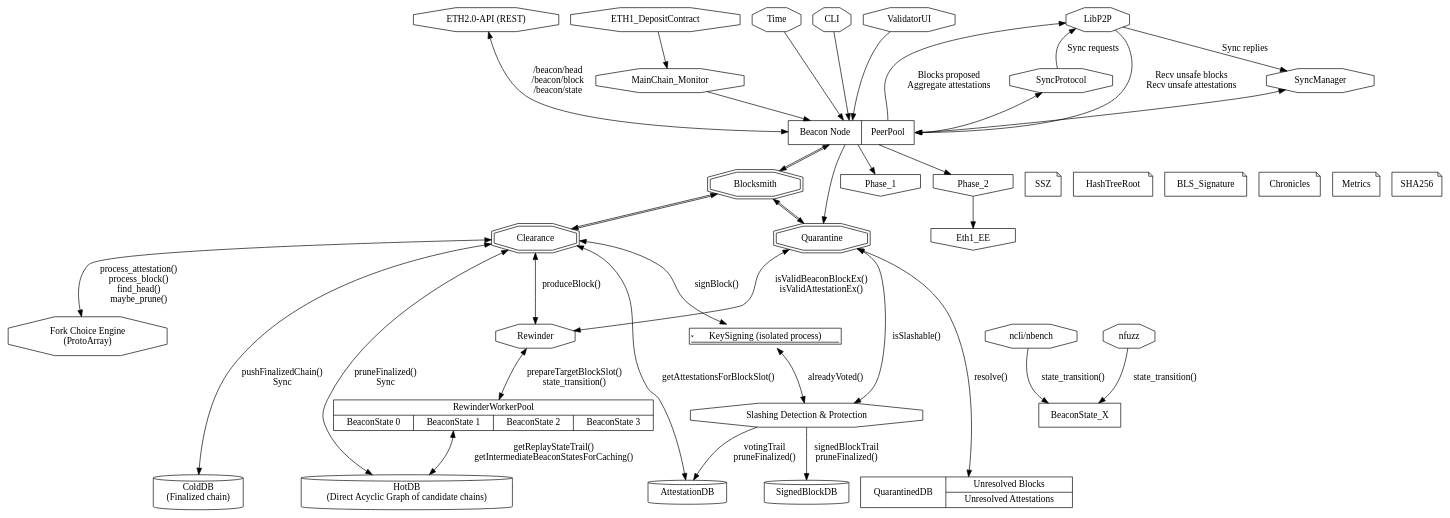
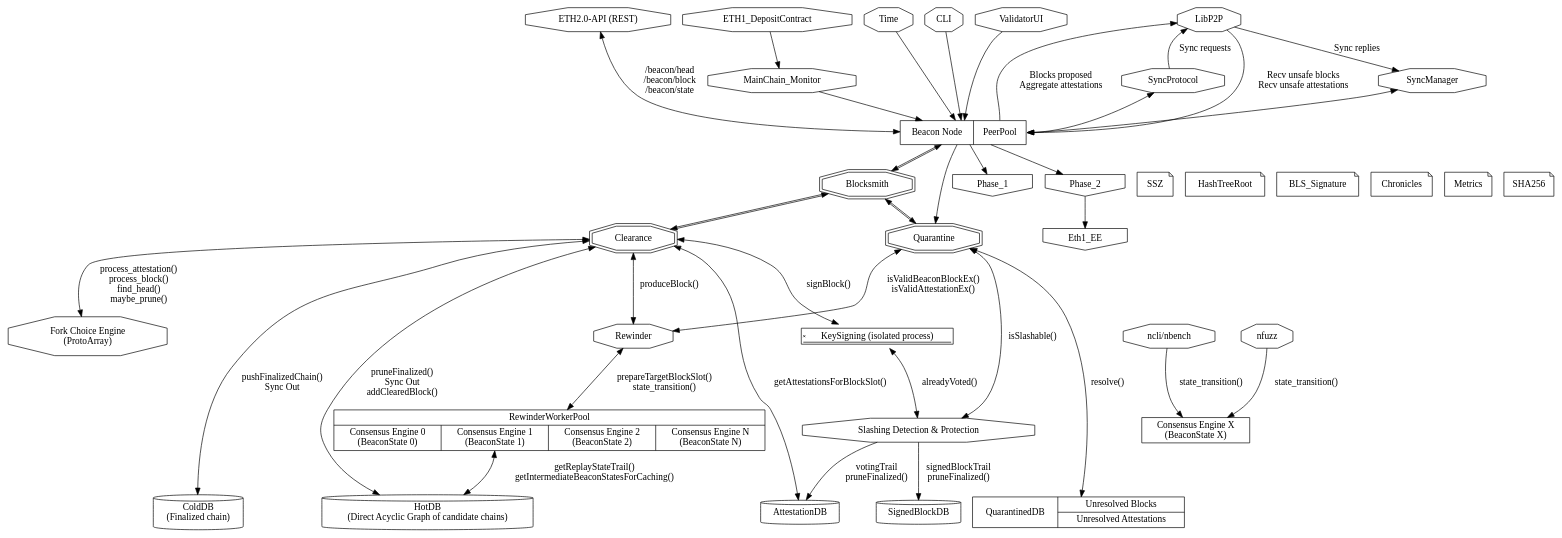
The diagram in architecture_phase0.dot (mratsim/blocksmith), drawn with Graphviz before and after one commit. The commit also changed 6 other files, not shown here.

Commit message:
Update with replacement for Blockpool: missing blocks, getBlockRange (Sync), updateHead (ForkChoice)

```diff
--- a/architecture_phase0.dot
+++ b/architecture_phase0.dot
@@ -1,83 +1,84 @@
 digraph architecture{
   node [shape = signature]; KeySigning [label="KeySigning (isolated process)"];
   node [shape = octagon]; SyncManager SyncProtocol MainChain_Monitor Time CLI ValidatorUI Slashing LibP2P ETH2_API ncli nfuzz Rewinder ForkChoice;
   ETH2_API [label="ETH2.0-API (REST)"];
   Slashing [label="Slashing Detection & Protection"];
   ForkChoice [label="Fork Choice Engine\n(ProtoArray)"];
   {rank = source; ETH1_DepositContract LibP2P ETH2_API CLI Time ValidatorUI;}
 
   node [shape = record] BeaconNode;
   BeaconNode [label="<nbc>Beacon Node | <PeerPool>PeerPool"]
 
   ncli [label="ncli/nbench"];
   {rank = same; ncli; nfuzz;}
 
   node [shape = doubleoctagon]; Blocksmith Quarantine Clearance;
   node [shape = invhouse]; Phase_1 Phase_2 Eth1_EE;
   node [shape = note] SSZ HashTreeRoot BLS_Signature Chronicles Metrics SHA256
   {rank = same; Blocksmith Phase_1 Phase_2 SSZ HashTreeRoot BLS_Signature Chronicles Metrics SHA256;}
 
   BeaconNode -> Phase_1
   BeaconNode -> Phase_2
   Phase_2 -> Eth1_EE
 
   node [shape = record]; QuarantinedDB;
   QuarantinedDB [label="QuarantinedDB | {Unresolved Blocks | Unresolved Attestations}"];
 
   node [shape = record]; RewinderWorkerPool;
   node [shape = box]; BeaconState_X;
+  BeaconState_X [label="Consensus Engine X\n(BeaconState X)"]
 
-  RewinderWorkerPool [label="{RewinderWorkerPool | {<bs0>BeaconState 0|<bs1>BeaconState 1|<bs2>BeaconState 2|<bs3>BeaconState 3}}"];
+  RewinderWorkerPool [label="{RewinderWorkerPool | {<bs0>Consensus Engine 0\n(BeaconState 0)|<bs1>Consensus Engine 1\n(BeaconState 1)|<bs2>Consensus Engine 2\n(BeaconState 2)|<bs3>Consensus Engine N\n(BeaconState N)}}"];
   {rank = same; RewinderWorkerPool BeaconState_X;}
 
   node [shape = cylinder]; AttestationDB HotDB ColdDB;
   {rank = sink; AttestationDB SignedBlockDB HotDB ColdDB QuarantinedDB;}
   HotDB [label="HotDB\n(Direct Acyclic Graph of candidate chains)"]
   ColdDB [label="ColdDB\n(Finalized chain)"]
 
   {rank = same; MainChain_Monitor SyncManager SyncProtocol;}
   ETH1_DepositContract -> MainChain_Monitor
   MainChain_Monitor -> BeaconNode
 
   SyncManager -> BeaconNode:PeerPool [dir=both]
   SyncProtocol -> BeaconNode:PeerPool [dir=both]
 
   CLI -> BeaconNode
   ValidatorUI -> BeaconNode
   Time -> BeaconNode
   BeaconNode -> Blocksmith [dir=both color="black:black"]
   BeaconNode -> Quarantine
   Blocksmith -> Quarantine [dir=both color="black:black"]
   Blocksmith -> Clearance [dir=both color="black:black"]
   Quarantine -> QuarantinedDB [dir=both label="resolve()"]
 
   ncli -> BeaconState_X [label="state_transition()"]
   nfuzz -> BeaconState_X [label="state_transition()"]
 
   SyncProtocol -> LibP2P [label="Sync requests"]
   LibP2P -> SyncManager [label="Sync replies"]
 
   LibP2P -> BeaconNode:PeerPool [label="Recv unsafe blocks\nRecv unsafe attestations"]
   BeaconNode:PeerPool -> LibP2P [label="Blocks proposed\nAggregate attestations"]
   ETH2_API -> BeaconNode [dir="both", label="/beacon/head\n/beacon/block\n/beacon/state"]
 
   Clearance -> ForkChoice [dir="both", label="process_attestation()\nprocess_block()\nfind_head()\nmaybe_prune()"]
 
   Quarantine -> Slashing [dir="both", label="isSlashable()"]
   Clearance -> KeySigning [dir="both", label="signBlock()"]
   KeySigning -> Slashing [dir="both", label="alreadyVoted()"]
   Slashing -> AttestationDB [label="votingTrail\npruneFinalized()"]
   Slashing -> SignedBlockDB [label="signedBlockTrail\npruneFinalized()"]
   Clearance -> AttestationDB [dir="both", label="getAttestationsForBlockSlot()"]
 
-  Clearance -> HotDB [dir="both", label="pruneFinalized()\nSync"]
+  Clearance -> HotDB [dir="both", label="pruneFinalized()\nSync Out\naddClearedBlock()"]
 
   Rewinder -> RewinderWorkerPool [dir="both", label="prepareTargetBlockSlot()\nstate_transition()"]
   RewinderWorkerPool:bs1 -> HotDB [dir="both", label="getReplayStateTrail()\ngetIntermediateBeaconStatesForCaching()"]
 
   Quarantine -> Rewinder [dir="both", label="isValidBeaconBlockEx()\nisValidAttestationEx()"]
   Clearance -> Rewinder [dir="both", label="produceBlock()"]
 
 
-  Clearance -> ColdDB [dir="both", label="pushFinalizedChain()\nSync"]
+  Clearance -> ColdDB [dir="both", label="pushFinalizedChain()\nSync Out"]
 }
```
